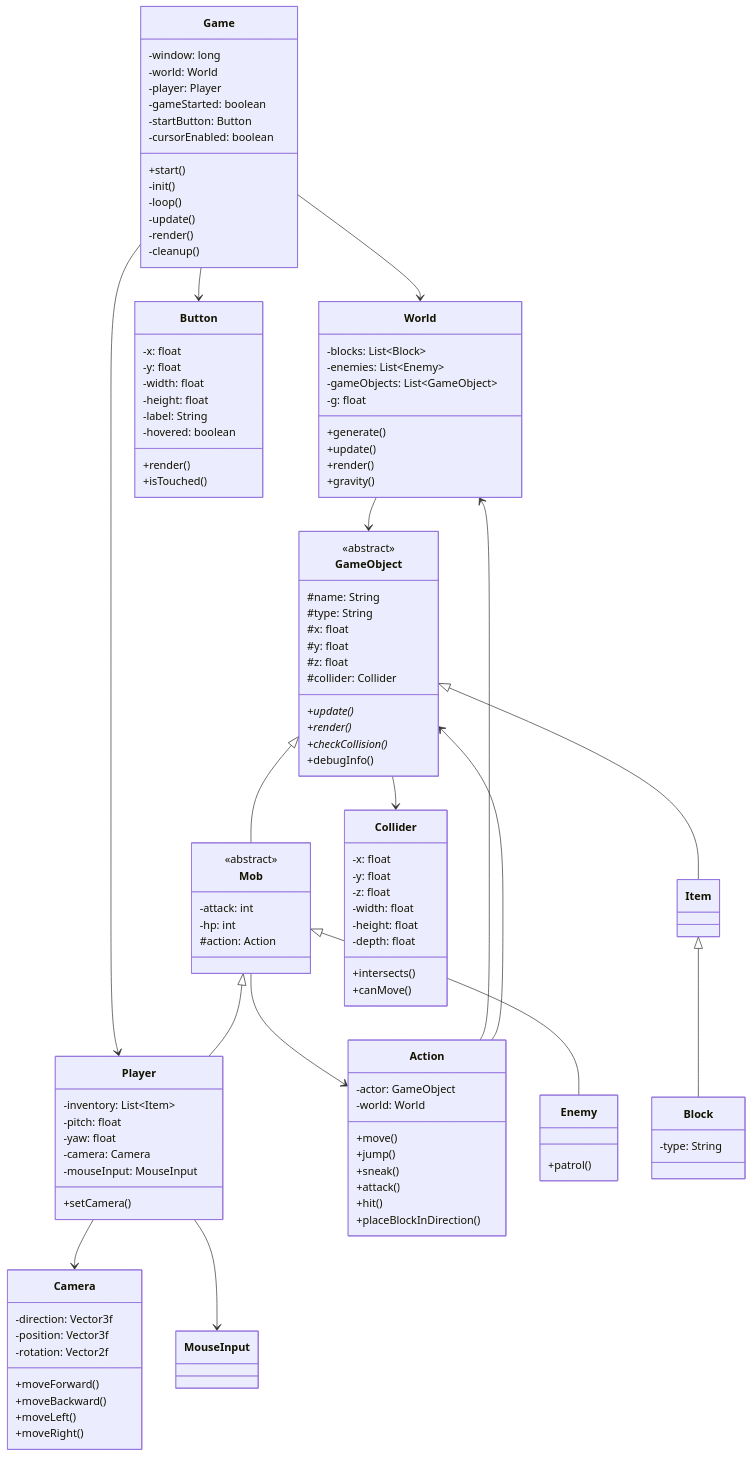
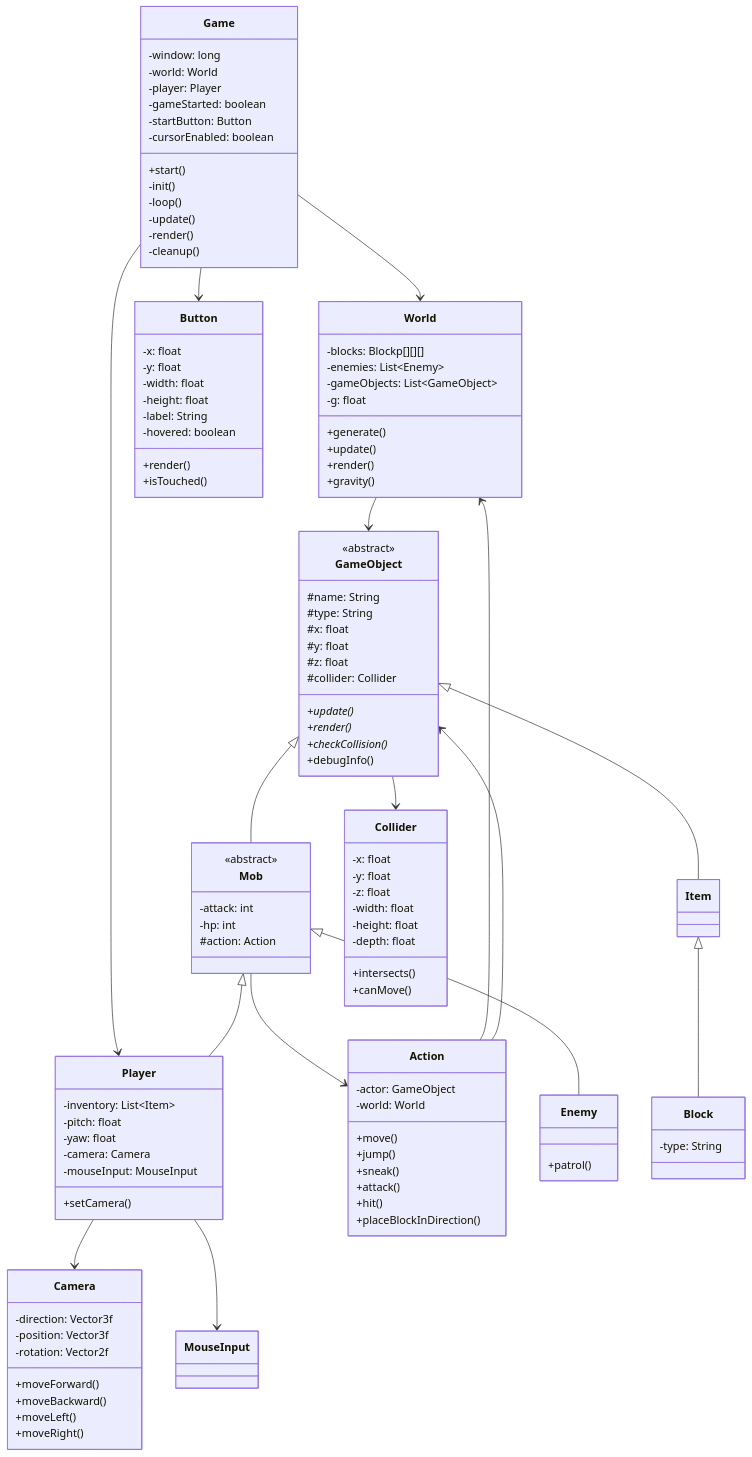
One commit to p-nasimonan/Minicraft changed the diagram in README.md. Above: the diagram before and after it, drawn with Mermaid.

```diff
--- a/README.md
+++ b/README.md
@@ -54,7 +54,7 @@
     }
 
     class World {
-        -blocks: List~Block~
+        -blocks: Blockp[][][]
         -enemies: List~Enemy~
         -gameObjects: List~GameObject~
         -g: float
```
